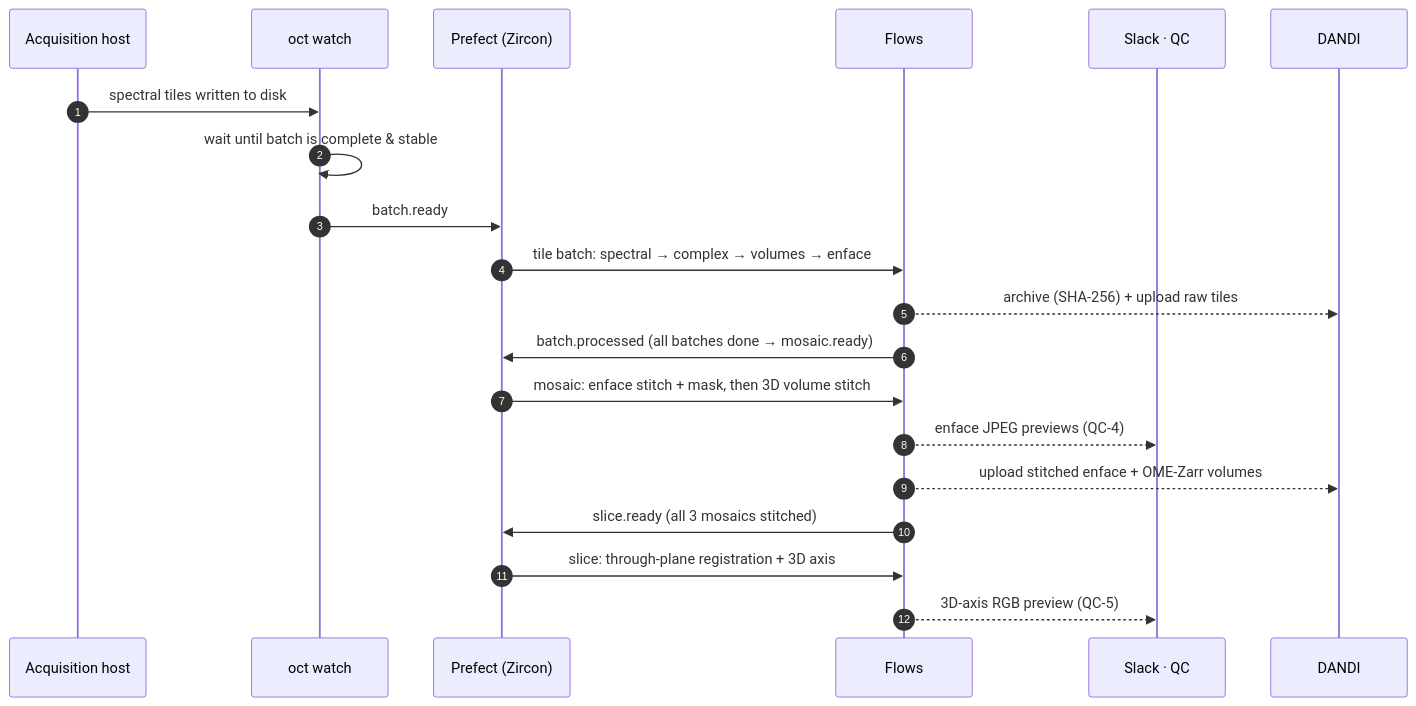
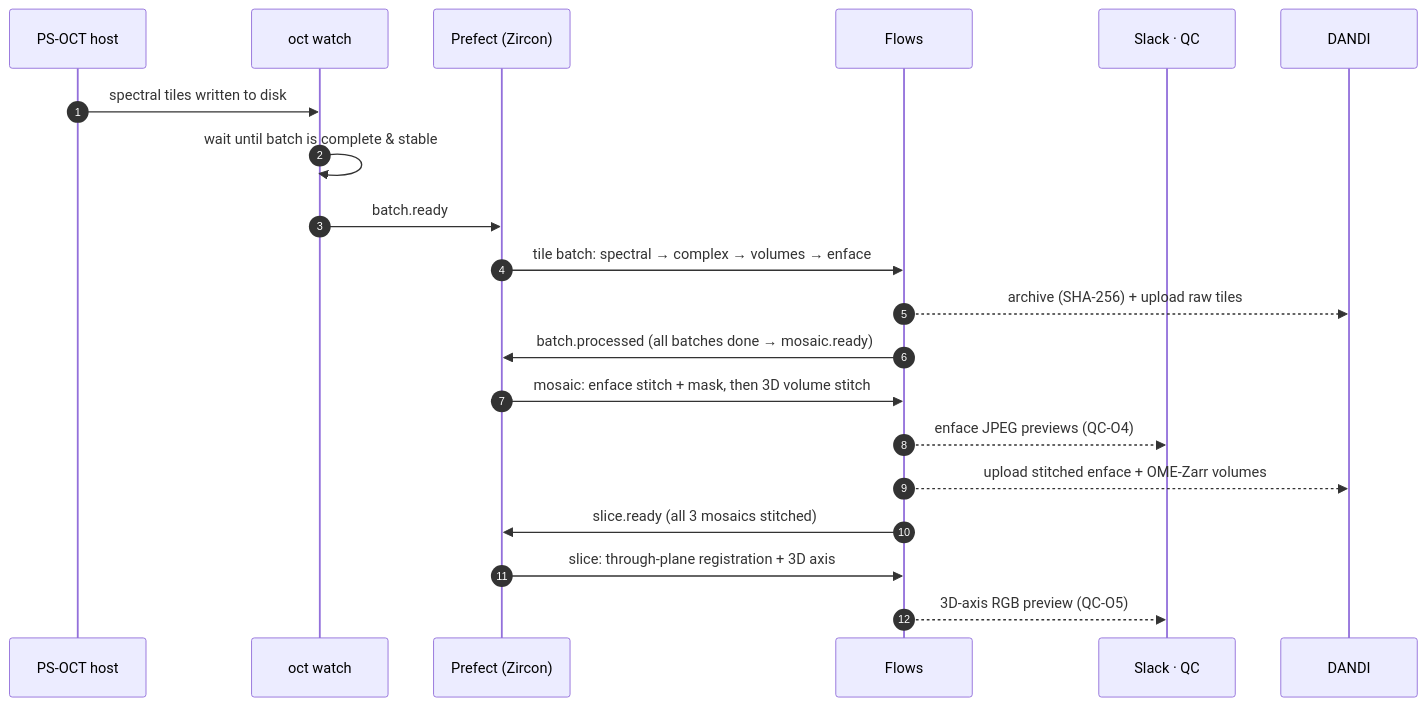
One commit to kabilar/linc-docs changed the fourth of 6 diagrams in docs/workflows/macaque-pipeline.md. Above: the diagram before and after it, drawn with Mermaid. The commit also changed other lines of this file and 2 other files, not shown here.

First line of the commit message:
Expand macaque protocol to the combined LSFM + PS-OCT systems

````diff
--- a/docs/workflows/macaque-pipeline.md
+++ b/docs/workflows/macaque-pipeline.md
@@ -319,23 +594,23 @@
 ```mermaid
 sequenceDiagram
     autonumber
-    participant A as Acquisition host
+    participant A as PS-OCT host
     participant W as oct watch
     participant P as Prefect (Zircon)
     participant F as Flows
     participant S as Slack · QC
     participant D as DANDI
 
     A->>W: spectral tiles written to disk
     W->>W: wait until batch is complete & stable
     W->>P: batch.ready
     P->>F: tile batch: spectral → complex → volumes → enface
     F-->>D: archive (SHA-256) + upload raw tiles
     F->>P: batch.processed (all batches done → mosaic.ready)
     P->>F: mosaic: enface stitch + mask, then 3D volume stitch
-    F-->>S: enface JPEG previews (QC-4)
+    F-->>S: enface JPEG previews (QC-O4)
     F-->>D: upload stitched enface + OME-Zarr volumes
     F->>P: slice.ready (all 3 mosaics stitched)
     P->>F: slice: through-plane registration + 3D axis
-    F-->>S: 3D-axis RGB preview (QC-5)
+    F-->>S: 3D-axis RGB preview (QC-O5)
 ```
````
